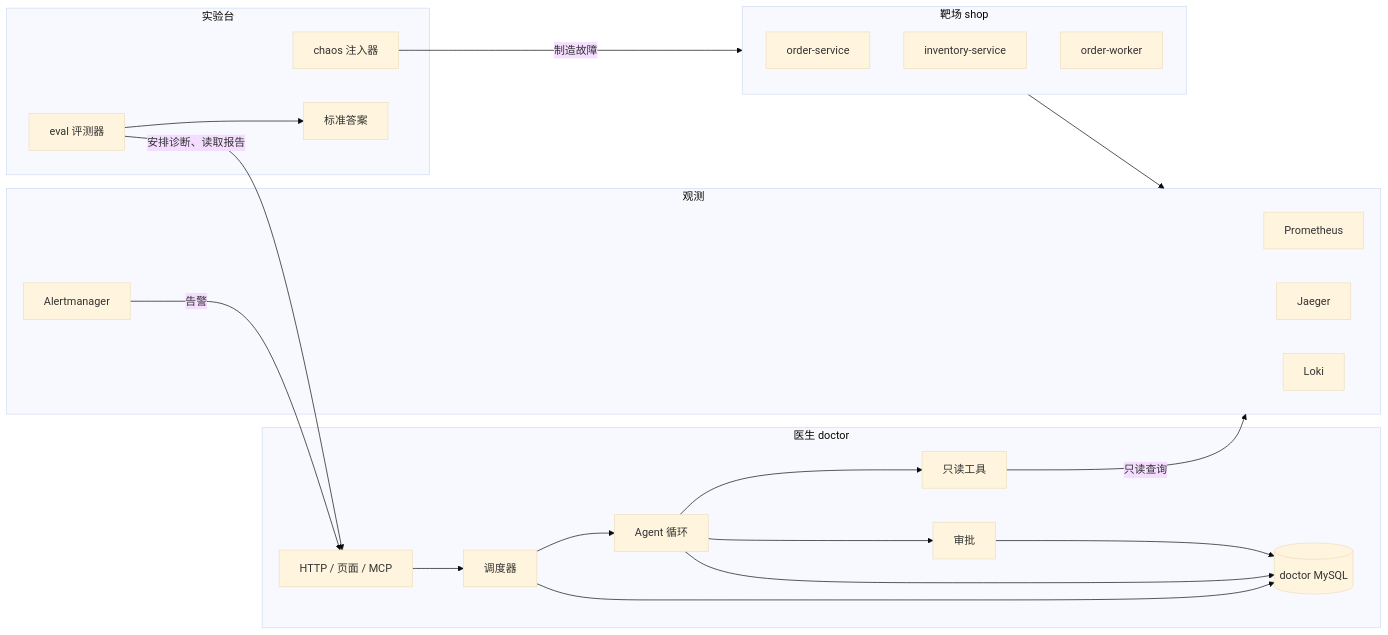
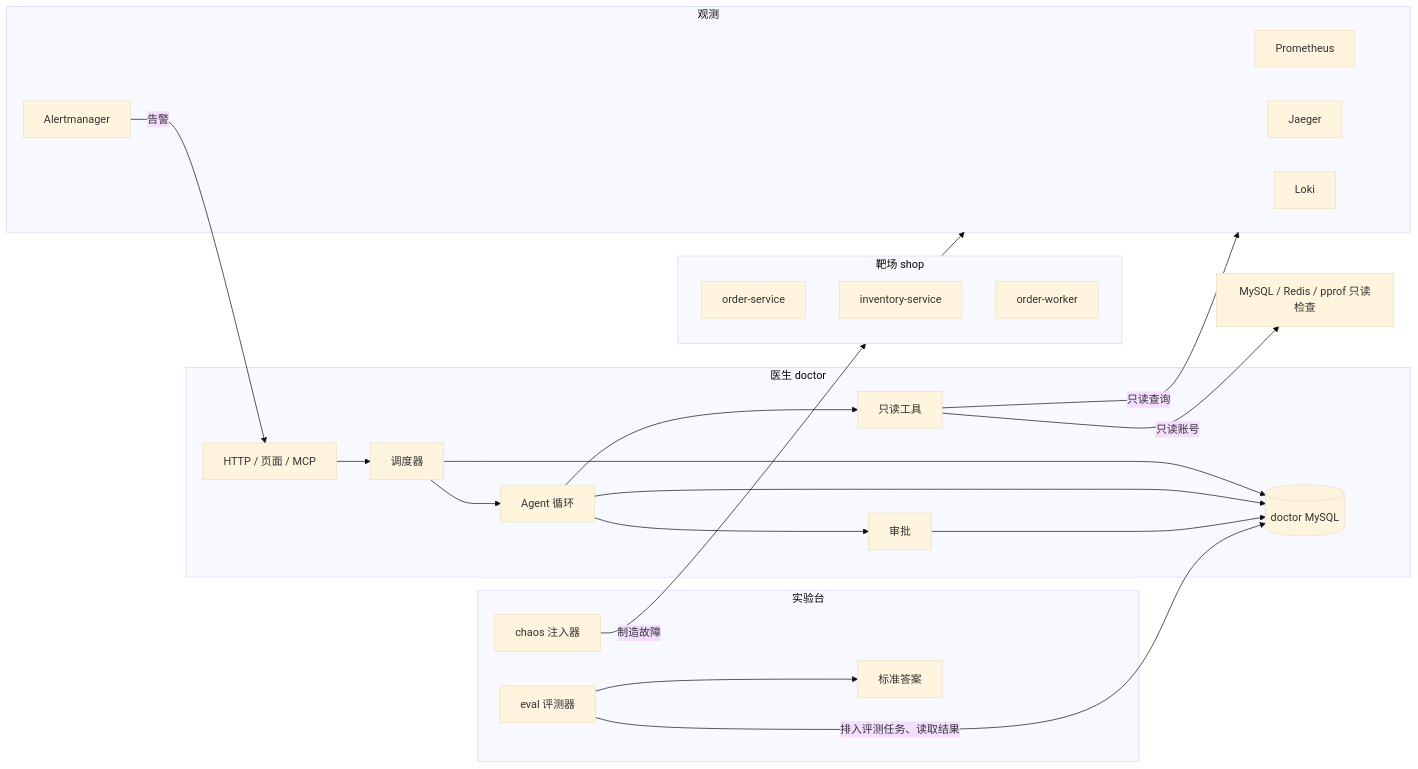
Before and after one commit to Li-Nepenthe/opsdoctor: the diagram in docs/learn/system-overview.md, drawn with Mermaid (base theme). The commit also changed other lines of this file and 3 other files, not shown here.

````diff
--- a/docs/learn/system-overview.md
+++ b/docs/learn/system-overview.md
@@ -21,36 +21,37 @@
 ```mermaid
 flowchart LR
     subgraph shop["靶场 shop"]
         Order[order-service]
         Stock[inventory-service]
         Worker[order-worker]
     end
     subgraph obs["观测"]
         Prom[Prometheus]
         Jaeger[Jaeger]
         Loki[Loki]
         AM[Alertmanager]
     end
     subgraph doctor["医生 doctor"]
         API[HTTP / 页面 / MCP]
         Run[调度器]
         Agent[Agent 循环]
         Tools[只读工具]
         Approval[审批]
         Store[(doctor MySQL)]
     end
     subgraph lab["实验台"]
         Chaos[chaos 注入器]
         Eval[eval 评测器]
         Answers[标准答案]
     end
     shop --> obs
     AM -->|告警| API
     API --> Run --> Agent
     Agent --> Tools -->|只读查询| obs
+    Tools -->|只读账号| Check[MySQL / Redis / pprof 只读检查]
     Agent --> Approval
     Run & Agent & Approval --> Store
     Chaos -->|制造故障| shop
-    Eval -->|安排诊断、读取报告| API
+    Eval -->|排入评测任务、读取结果| Store
     Eval --> Answers
 ```
````
